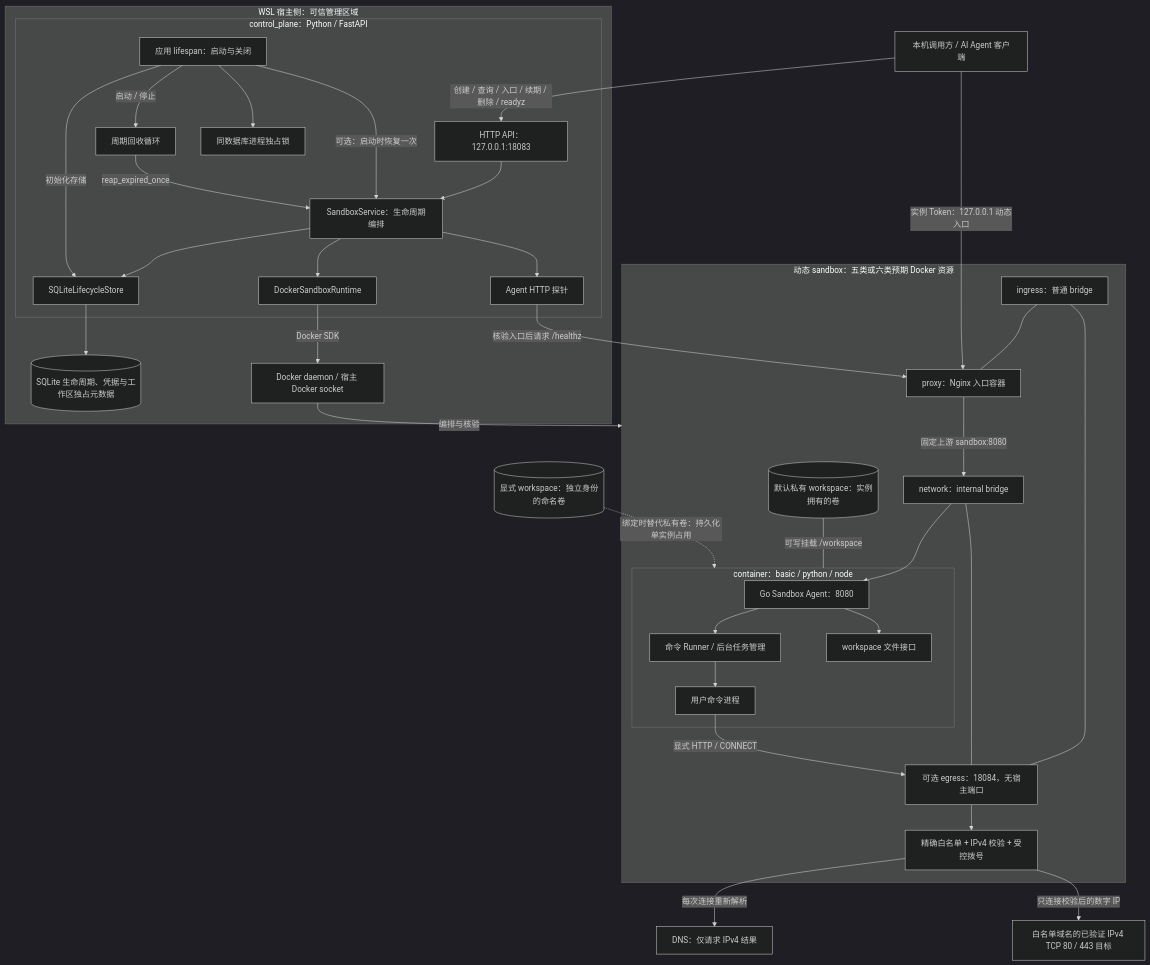
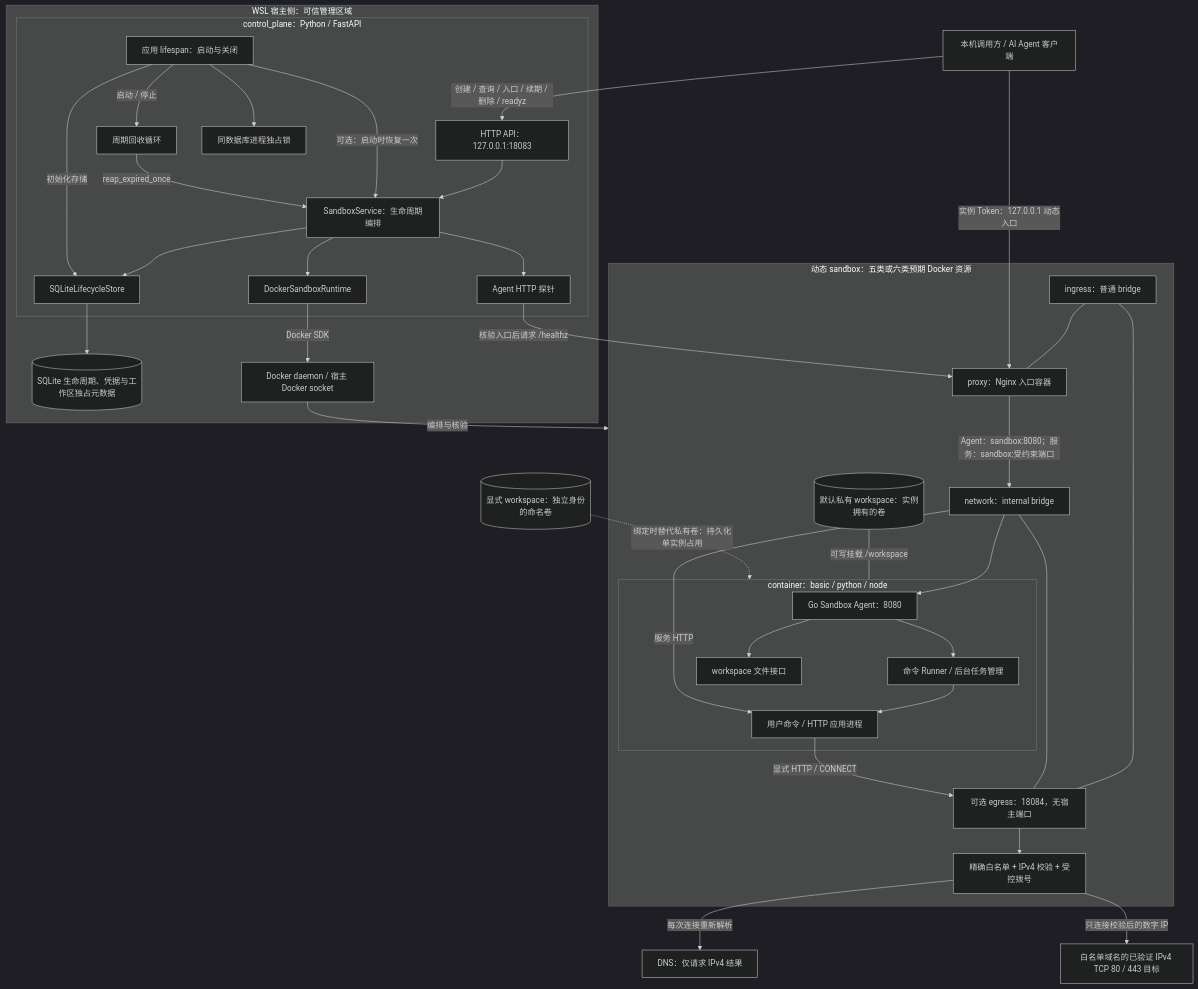
The diagram in docs/ARCHITECTURE.md (nico-hua/agent-sandbox), drawn with Mermaid (dark theme) before and after one commit. The commit also changed other lines of this file and 34 other files, not shown here.

First line of the commit message:
feat: add authenticated sandbox HTTP service access

````diff
--- a/docs/ARCHITECTURE.md
+++ b/docs/ARCHITECTURE.md
@@ -16,68 +16,69 @@
 ```mermaid
 flowchart TB
     Client["本机调用方 / AI Agent 客户端"]
 
     subgraph Host["WSL 宿主侧：可信管理区域"]
         subgraph Control["control_plane：Python / FastAPI"]
             API["HTTP API：127.0.0.1:18083"]
             Service["SandboxService：生命周期编排"]
             Lifespan["应用 lifespan：启动与关闭"]
             Reaper["周期回收循环"]
             Store["SQLiteLifecycleStore"]
             Runtime["DockerSandboxRuntime"]
             Probe["Agent HTTP 探针"]
             Lock["同数据库进程独占锁"]
             API --> Service
             Service --> Store
             Service --> Runtime
             Service --> Probe
             Lifespan --> Lock
             Lifespan -->|"初始化存储"| Store
             Lifespan -->|"可选：启动时恢复一次"| Service
             Lifespan -->|"启动 / 停止"| Reaper
             Reaper -->|"reap_expired_once"| Service
         end
         DB[("SQLite 生命周期、凭据与工作区独占元数据")]
         Daemon["Docker daemon / 宿主 Docker socket"]
         Store --> DB
         Runtime -->|"Docker SDK"| Daemon
     end
 
     subgraph Instance["动态 sandbox：五类或六类预期 Docker 资源"]
         Ingress["ingress：普通 bridge"]
         Entry["proxy：Nginx 入口容器"]
         Internal["network：internal bridge"]
         Workspace[("默认私有 workspace：实例拥有的卷")]
         subgraph Sandbox["container：basic / python / node"]
             Agent["Go Sandbox Agent：8080"]
             Runner["命令 Runner / 后台任务管理"]
             Files["workspace 文件接口"]
-            Process["用户命令进程"]
+            Process["用户命令 / HTTP 应用进程"]
             Agent --> Runner
             Runner --> Process
             Agent --> Files
         end
         EgressServer["可选 egress：18084，无宿主端口"]
         Guard["精确白名单 + IPv4 校验 + 受控拨号"]
         Ingress --- EgressServer
         Internal --- EgressServer
         Process -->|"显式 HTTP / CONNECT"| EgressServer
         EgressServer --> Guard
         Ingress --- Entry
-        Entry -->|"固定上游 sandbox:8080"| Internal
+        Entry -->|"Agent：sandbox:8080；服务：sandbox:受约束端口"| Internal
         Internal --> Agent
+        Internal -->|"服务 HTTP"| Process
         Workspace ---|"可写挂载 /workspace"| Sandbox
     end
 
     IndependentWorkspace[("显式 workspace：独立身份的命名卷")]
     IndependentWorkspace -.->|"绑定时替代私有卷：持久化单实例占用"| Sandbox
 
     DNS["DNS：仅请求 IPv4 结果"]
     Target["白名单域名的已验证 IPv4 TCP 80 / 443 目标"]
     Client -->|"创建 / 查询 / 入口 / 续期 / 删除 / readyz"| API
     Client -->|"实例 Token：127.0.0.1 动态入口"| Entry
     Probe -->|"核验入口后请求 /healthz"| Entry
     Daemon -->|"编排与核验"| Instance
     Guard -->|"每次连接重新解析"| DNS
     Guard -->|"只连接校验后的数字 IP"| Target
 ```
````
